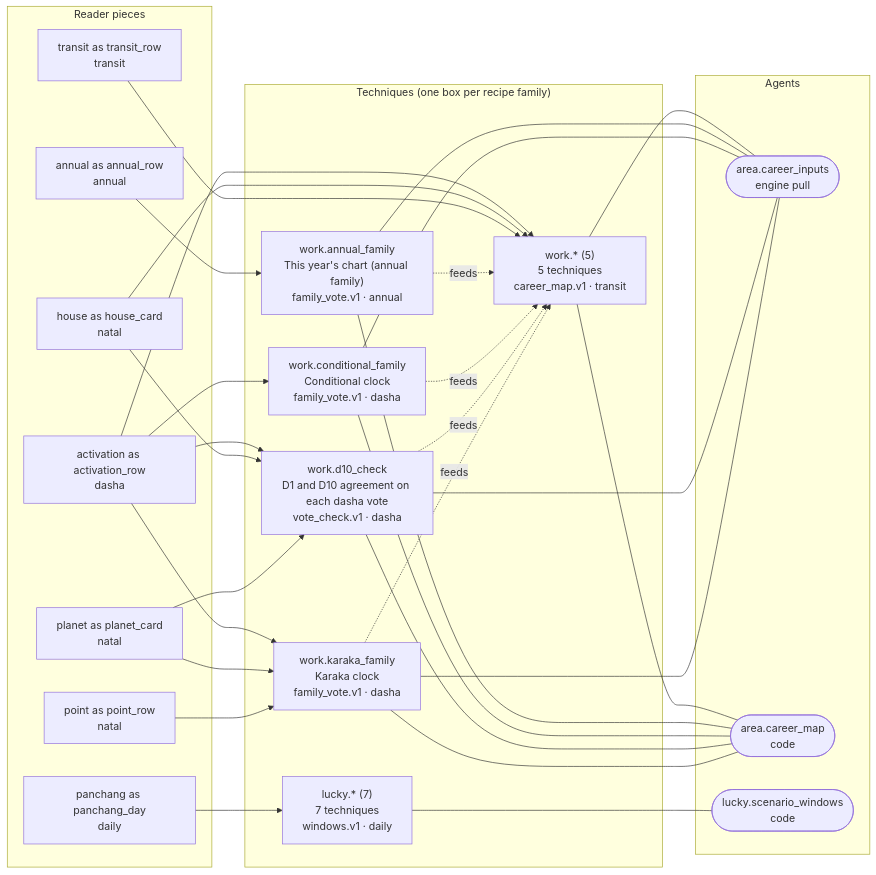
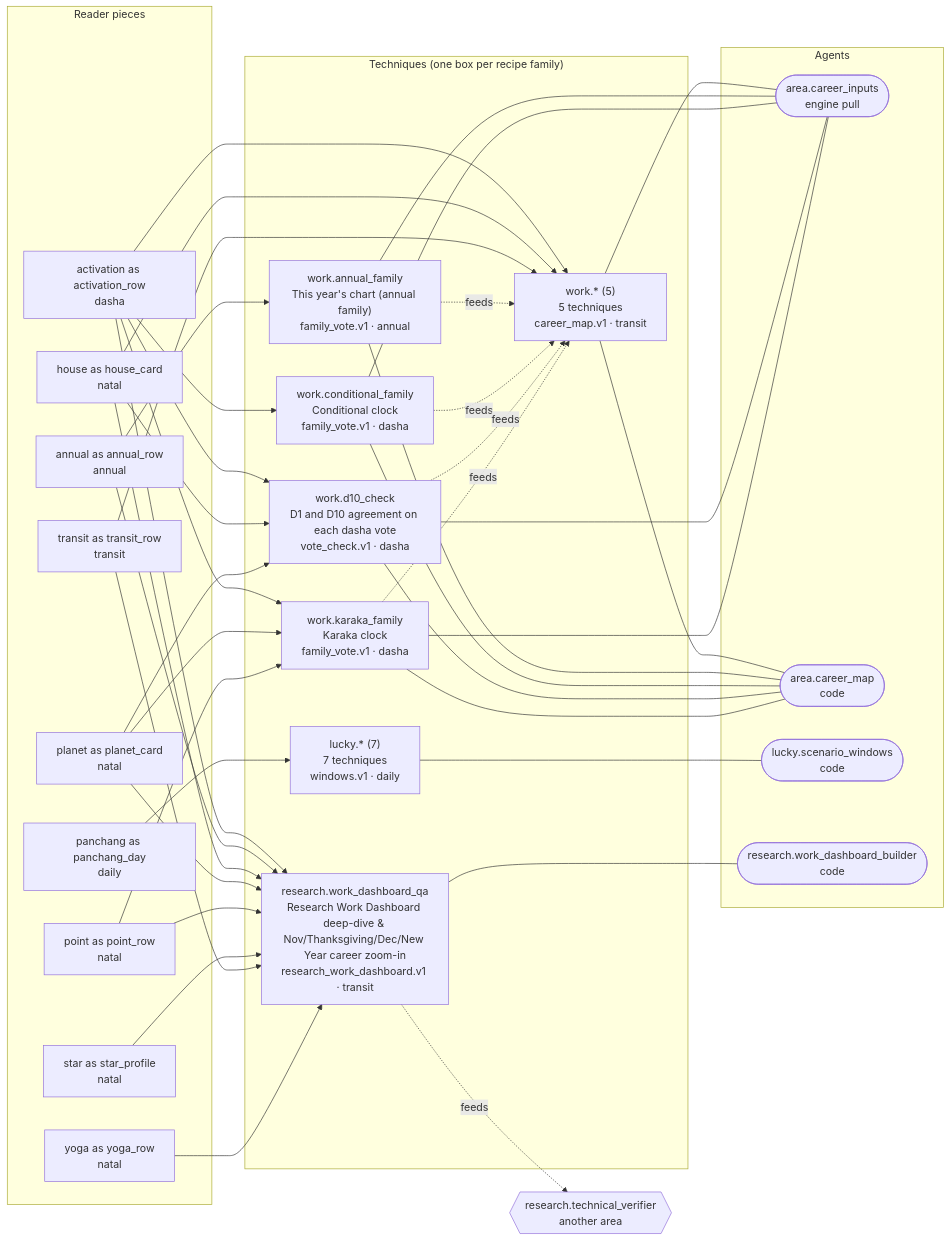
The sixth of 6 diagrams in docs/admin/07-technique-pieces-and-agents.md (sachinm/AIAstraServer), drawn with Mermaid before and after one commit. The commit also changed other lines of this file and 21 other files, not shown here.

Commit message:
feat(self,research): add 3-decade character arc & Moon/Mercury joy techniques, Love/Work research lab, HouseCardFilter vocab & Claude handoff

````diff
--- a/docs/admin/07-technique-pieces-and-agents.md
+++ b/docs/admin/07-technique-pieces-and-agents.md
@@ -602,52 +635,67 @@
 ```mermaid
 flowchart LR
   subgraph R["Reader pieces"]
     r_reader_activation_activation_row["activation as activation_row<br/>dasha"]
     r_reader_annual_annual_row["annual as annual_row<br/>annual"]
     r_reader_house_house_card["house as house_card<br/>natal"]
     r_reader_panchang_panchang_day["panchang as panchang_day<br/>daily"]
     r_reader_planet_planet_card["planet as planet_card<br/>natal"]
     r_reader_point_point_row["point as point_row<br/>natal"]
+    r_reader_star_star_profile["star as star_profile<br/>natal"]
     r_reader_transit_transit_row["transit as transit_row<br/>transit"]
+    r_reader_yoga_yoga_row["yoga as yoga_row<br/>natal"]
   end
   subgraph T["Techniques (one box per recipe family)"]
     f_lucky_7["lucky.* (7)<br/>7 techniques<br/>windows.v1 · daily"]
     f_work_5["work.* (5)<br/>5 techniques<br/>career_map.v1 · transit"]
+    f_research_work_dashboard_qa["research.work_dashboard_qa<br/>Research Work Dashboard deep-dive & Nov/Thanksgiving/Dec/New Year career zoom-in<br/>research_work_dashboard.v1 · transit"]
     f_work_annual_family["work.annual_family<br/>This year's chart (annual family)<br/>family_vote.v1 · annual"]
     f_work_conditional_family["work.conditional_family<br/>Conditional clock<br/>family_vote.v1 · dasha"]
     f_work_d10_check["work.d10_check<br/>D1 and D10 agreement on each dasha vote<br/>vote_check.v1 · dasha"]
     f_work_karaka_family["work.karaka_family<br/>Karaka clock<br/>family_vote.v1 · dasha"]
   end
   subgraph A["Agents"]
     a_agent_area_career_inputs(["area.career_inputs<br/>engine pull"])
     a_agent_area_career_map(["area.career_map<br/>code"])
     a_agent_lucky_scenario_windows(["lucky.scenario_windows<br/>code"])
+    a_agent_research_work_dashboard_builder(["research.work_dashboard_builder<br/>code"])
   end
   r_reader_panchang_panchang_day --> f_lucky_7
   f_lucky_7 --- a_agent_lucky_scenario_windows
   r_reader_activation_activation_row --> f_work_5
   r_reader_house_house_card --> f_work_5
   r_reader_transit_transit_row --> f_work_5
   f_work_5 --- a_agent_area_career_inputs
   f_work_5 --- a_agent_area_career_map
+  r_reader_activation_activation_row --> f_research_work_dashboard_qa
+  r_reader_annual_annual_row --> f_research_work_dashboard_qa
+  r_reader_house_house_card --> f_research_work_dashboard_qa
+  r_reader_planet_planet_card --> f_research_work_dashboard_qa
+  r_reader_point_point_row --> f_research_work_dashboard_qa
+  r_reader_star_star_profile --> f_research_work_dashboard_qa
+  r_reader_transit_transit_row --> f_research_work_dashboard_qa
+  r_reader_yoga_yoga_row --> f_research_work_dashboard_qa
+  f_research_work_dashboard_qa --- a_agent_research_work_dashboard_builder
   r_reader_annual_annual_row --> f_work_annual_family
   f_work_annual_family --- a_agent_area_career_inputs
   f_work_annual_family --- a_agent_area_career_map
   r_reader_activation_activation_row --> f_work_conditional_family
   f_work_conditional_family --- a_agent_area_career_inputs
   f_work_conditional_family --- a_agent_area_career_map
   r_reader_activation_activation_row --> f_work_d10_check
   r_reader_house_house_card --> f_work_d10_check
   r_reader_planet_planet_card --> f_work_d10_check
   f_work_d10_check --- a_agent_area_career_inputs
   f_work_d10_check --- a_agent_area_career_map
   r_reader_activation_activation_row --> f_work_karaka_family
   r_reader_planet_planet_card --> f_work_karaka_family
   r_reader_point_point_row --> f_work_karaka_family
   f_work_karaka_family --- a_agent_area_career_inputs
   f_work_karaka_family --- a_agent_area_career_map
+  x_research_technical_verifier{{"research.technical_verifier<br/>another area"}}
+  f_research_work_dashboard_qa -. feeds .-> x_research_technical_verifier
   f_work_annual_family -. feeds .-> f_work_5
   f_work_conditional_family -. feeds .-> f_work_5
   f_work_d10_check -. feeds .-> f_work_5
   f_work_karaka_family -. feeds .-> f_work_5
 ```
````
